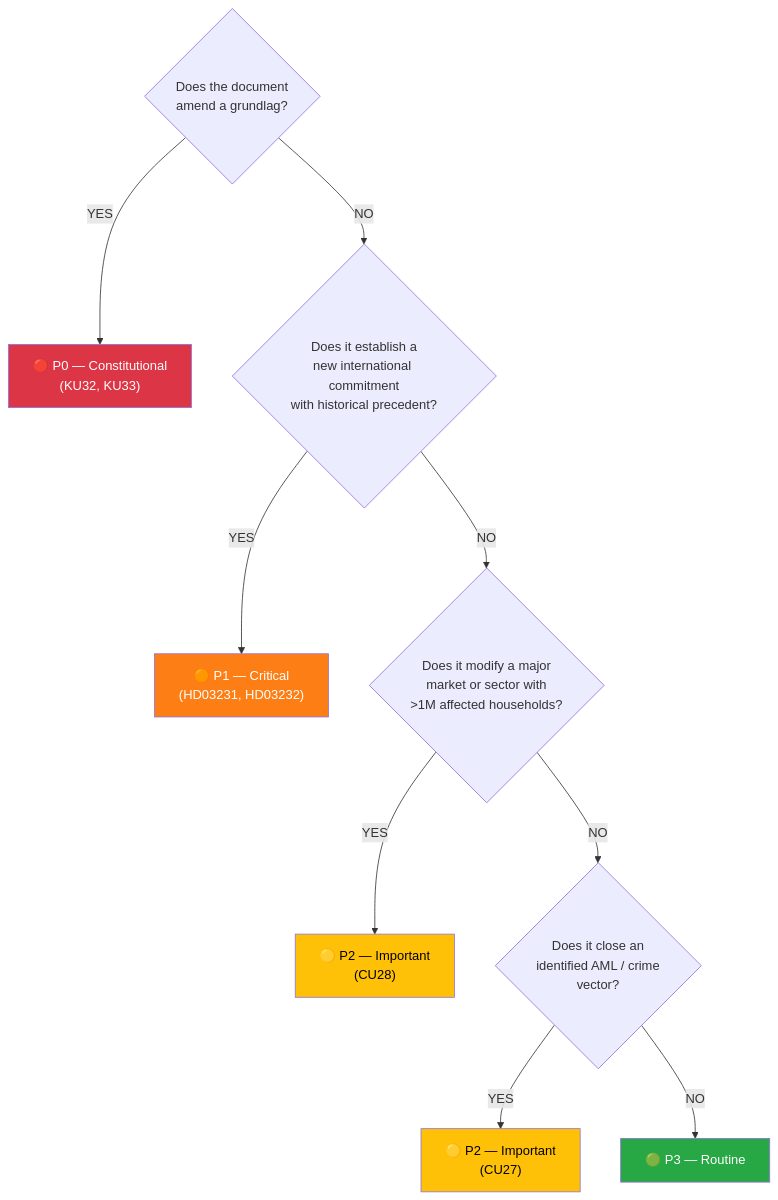
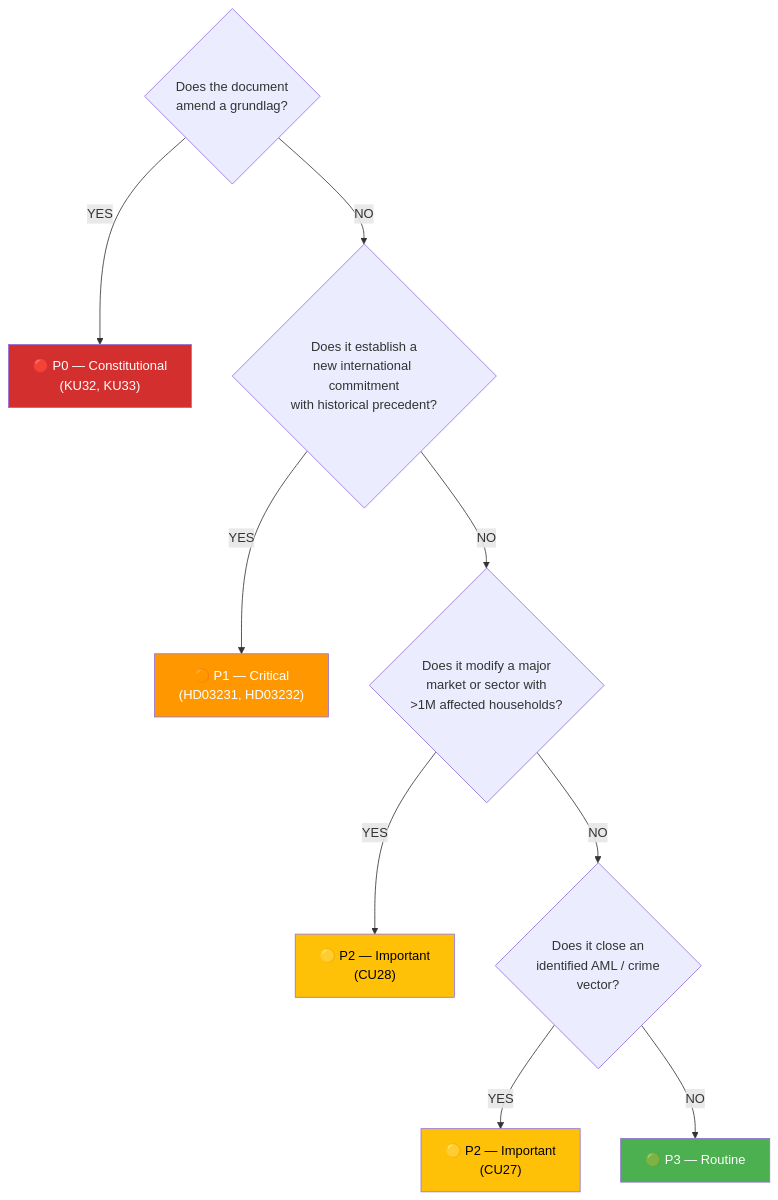
One commit to Hack23/riksdagsmonitor changed the diagram in analysis/daily/2026-04-17/realtime-1434/classification-results.md. Above: the diagram before and after it, drawn with Mermaid. The commit also changed 785 other files, not shown here.

First line of the commit message:
Normalize mermaid colors across 786 analysis artifacts to ISMS Style Guide palette

````diff
--- a/analysis/daily/2026-04-17/realtime-1434/classification-results.md
+++ b/analysis/daily/2026-04-17/realtime-1434/classification-results.md
@@ -24,18 +24,18 @@
 ```mermaid
 flowchart TD
     Q1{"Does the document<br/>amend a grundlag?"}
     Q1 -->|YES| P0["🔴 P0 — Constitutional<br/>(KU32, KU33)"]
     Q1 -->|NO| Q2{"Does it establish a<br/>new international commitment<br/>with historical precedent?"}
     Q2 -->|YES| P1["🟠 P1 — Critical<br/>(HD03231, HD03232)"]
     Q2 -->|NO| Q3{"Does it modify a major<br/>market or sector with<br/>>1M affected households?"}
     Q3 -->|YES| P2["🟡 P2 — Important<br/>(CU28)"]
     Q3 -->|NO| Q4{"Does it close an<br/>identified AML / crime<br/>vector?"}
     Q4 -->|YES| P2b["🟡 P2 — Important<br/>(CU27)"]
     Q4 -->|NO| P3["🟢 P3 — Routine"]
 
-    style P0 fill:#dc3545,color:#fff
-    style P1 fill:#fd7e14,color:#fff
-    style P2 fill:#ffc107,color:#000
-    style P2b fill:#ffc107,color:#000
-    style P3 fill:#28a745,color:#fff
+    style P0 fill:#D32F2F,color:#FFFFFF
+    style P1 fill:#FF9800,color:#FFFFFF
+    style P2 fill:#FFC107,color:#000000
+    style P2b fill:#FFC107,color:#000000
+    style P3 fill:#4CAF50,color:#FFFFFF
 ```
````
